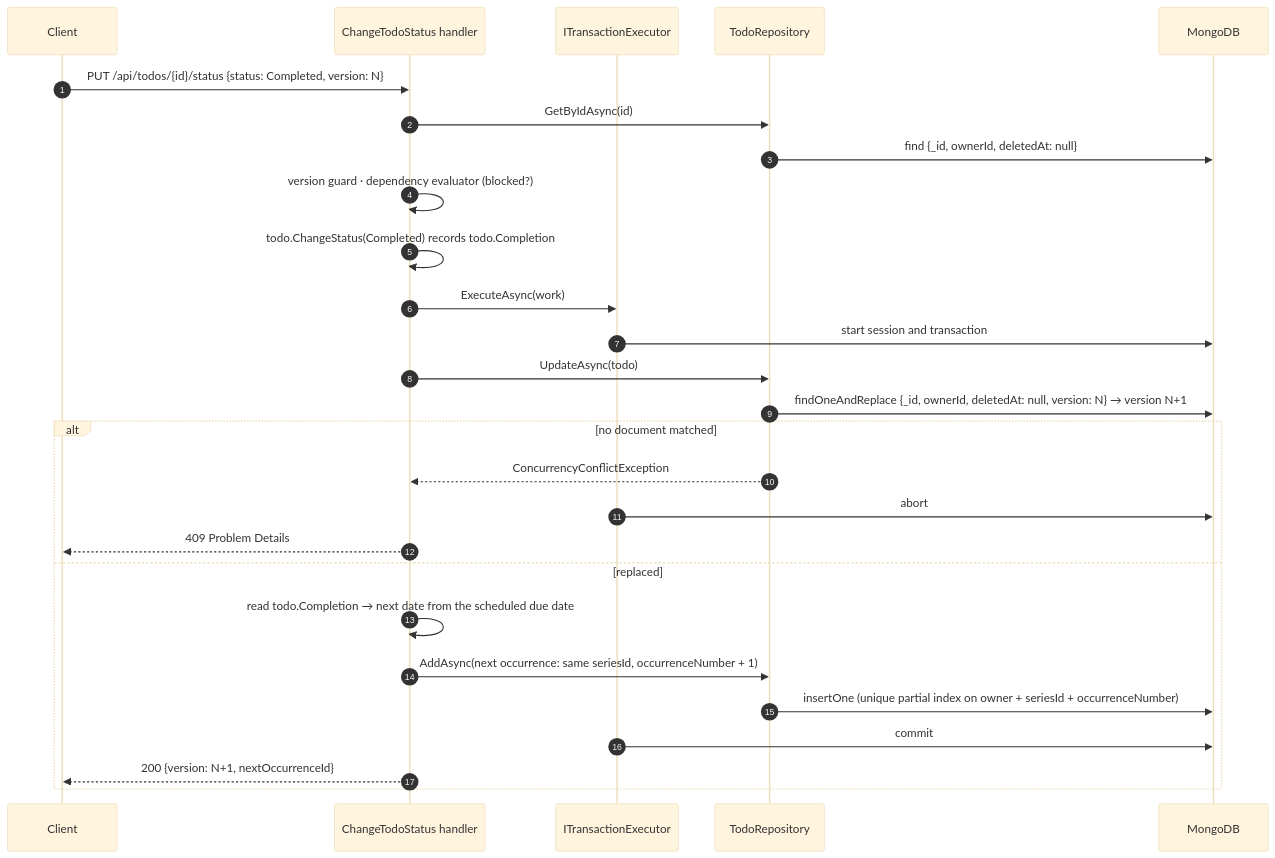
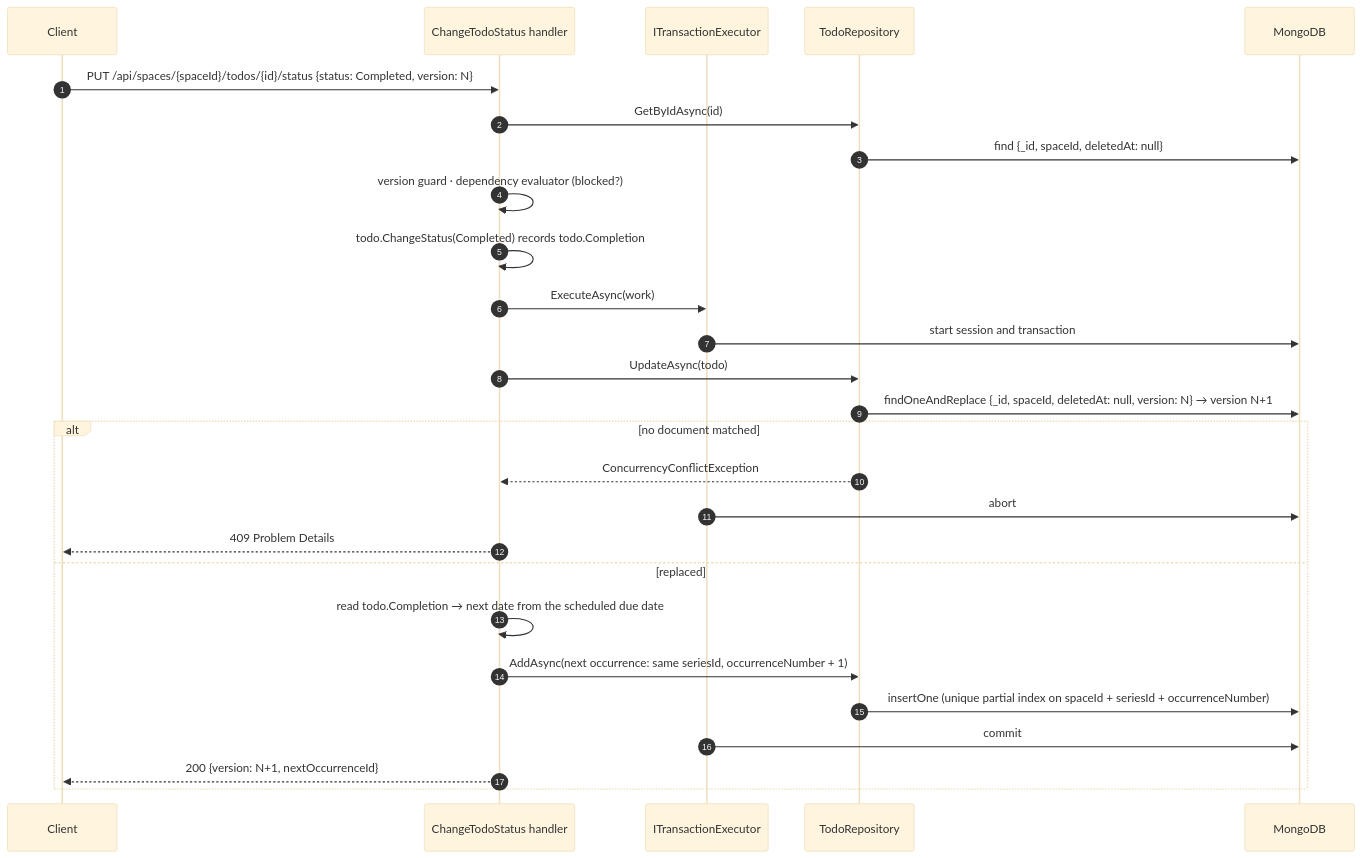
Before and after one commit to Space0Timer/sleeky-todo: the second of 2 diagrams in docs/architecture.md, drawn with Mermaid (base theme). The commit also changed other lines of this file and 3 other files, not shown here.

````diff
--- a/docs/architecture.md
+++ b/docs/architecture.md
@@ -452,30 +538,30 @@
 ```mermaid
 sequenceDiagram
     autonumber
     participant C as Client
     participant H as ChangeTodoStatus handler
     participant TX as ITransactionExecutor
     participant R as TodoRepository
     participant M as MongoDB
 
-    C->>H: PUT /api/todos/{id}/status {status: Completed, version: N}
+    C->>H: PUT /api/spaces/{spaceId}/todos/{id}/status {status: Completed, version: N}
     H->>R: GetByIdAsync(id)
-    R->>M: find {_id, ownerId, deletedAt: null}
+    R->>M: find {_id, spaceId, deletedAt: null}
     H->>H: version guard · dependency evaluator (blocked?)
     H->>H: todo.ChangeStatus(Completed) records todo.Completion
     H->>TX: ExecuteAsync(work)
     TX->>M: start session and transaction
     H->>R: UpdateAsync(todo)
-    R->>M: findOneAndReplace {_id, ownerId, deletedAt: null, version: N} → version N+1
+    R->>M: findOneAndReplace {_id, spaceId, deletedAt: null, version: N} → version N+1
     alt no document matched
         R-->>H: ConcurrencyConflictException
         TX->>M: abort
         H-->>C: 409 Problem Details
     else replaced
         H->>H: read todo.Completion → next date from the scheduled due date
         H->>R: AddAsync(next occurrence: same seriesId, occurrenceNumber + 1)
-        R->>M: insertOne (unique partial index on owner + seriesId + occurrenceNumber)
+        R->>M: insertOne (unique partial index on spaceId + seriesId + occurrenceNumber)
         TX->>M: commit
         H-->>C: 200 {version: N+1, nextOccurrenceId}
     end
 ```
````
